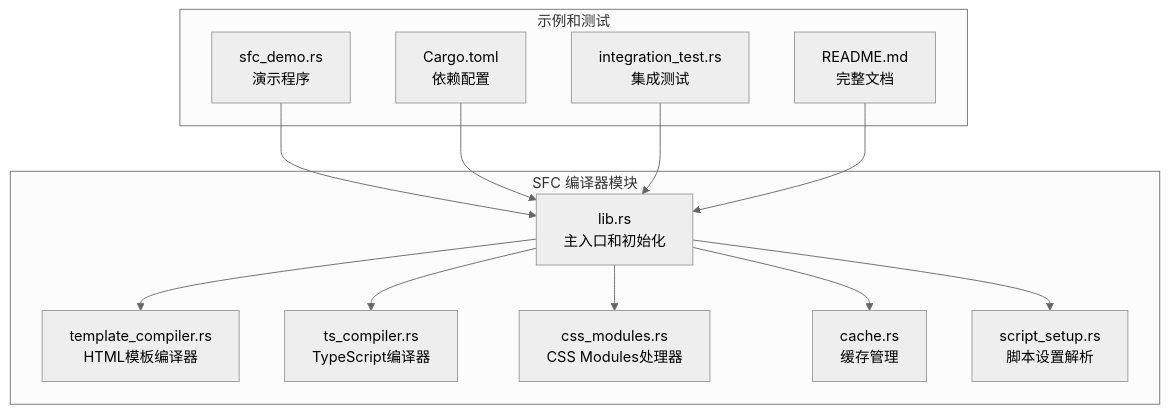
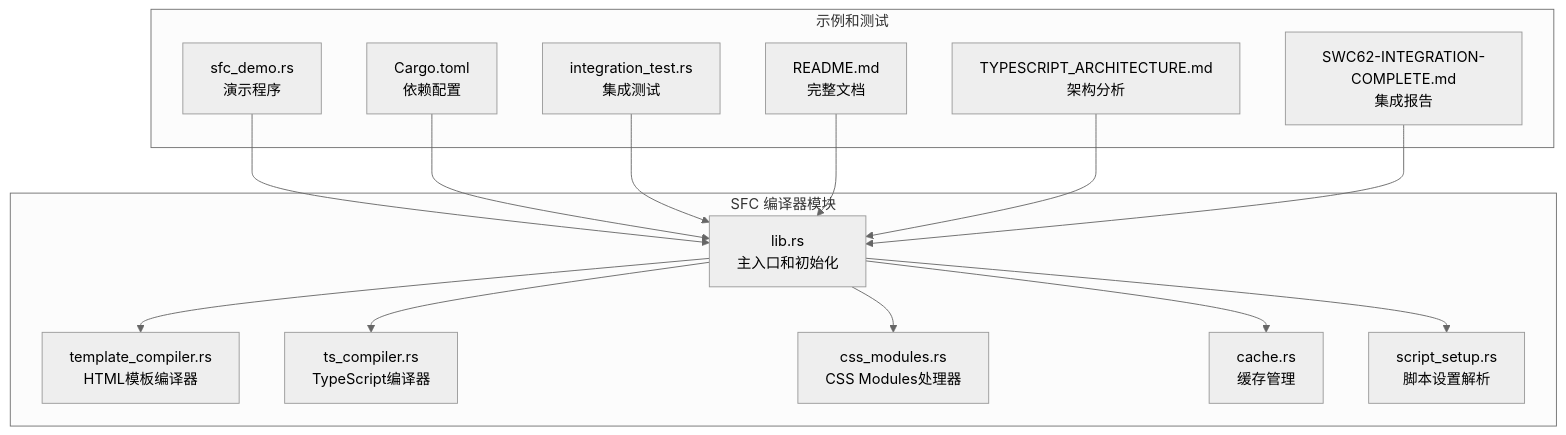
Before and after one commit to itszzl-sudo/iris: the first of 22 diagrams in .qoder/repowiki/zh/content/技术架构详解/即时转译系统/SFC编译器初始化机制/SFC编译器初始化机制.md, drawn with Mermaid (neutral theme). The commit also changed other lines of this file and 10 other files, not shown here.

````diff
--- a/.qoder/repowiki/zh/content/技术架构详解/即时转译系统/SFC编译器初始化机制/SFC编译器初始化机制.md
+++ b/.qoder/repowiki/zh/content/技术架构详解/即时转译系统/SFC编译器初始化机制/SFC编译器初始化机制.md
@@ -61,26 +58,30 @@
 ```mermaid
 graph TB
 subgraph "SFC 编译器模块"
 A[lib.rs<br/>主入口和初始化]
 B[template_compiler.rs<br/>HTML模板编译器]
 C[ts_compiler.rs<br/>TypeScript编译器]
 D[css_modules.rs<br/>CSS Modules处理器]
 E[cache.rs<br/>缓存管理]
 F[script_setup.rs<br/>脚本设置解析]
 end
 subgraph "示例和测试"
 G[sfc_demo.rs<br/>演示程序]
 H[Cargo.toml<br/>依赖配置]
 I[integration_test.rs<br/>集成测试]
 J[README.md<br/>完整文档]
+K[TYPESCRIPT_ARCHITECTURE.md<br/>架构分析]
+L[SWC62-INTEGRATION-COMPLETE.md<br/>集成报告]
 end
 A --> B
 A --> C
 A --> D
 A --> E
 A --> F
 G --> A
 H --> A
 I --> A
 J --> A
+K --> A
+L --> A
 ```
````
